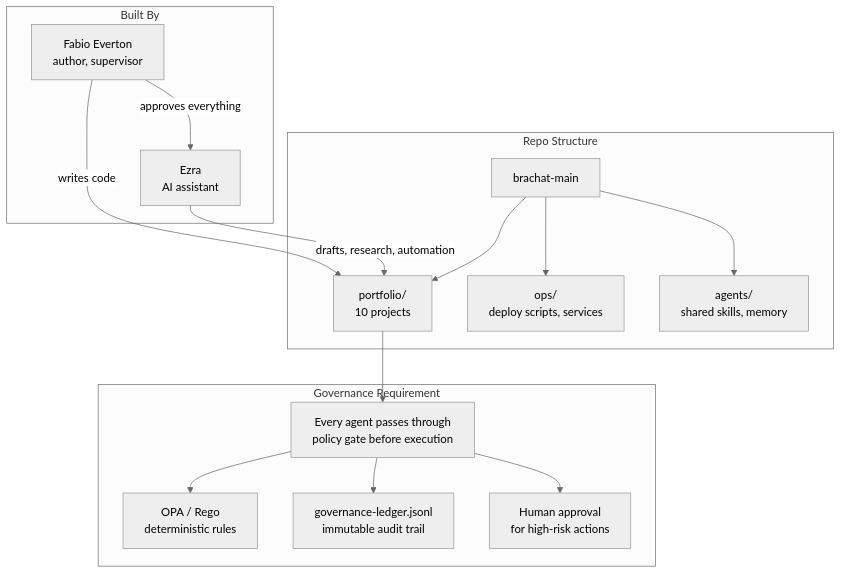
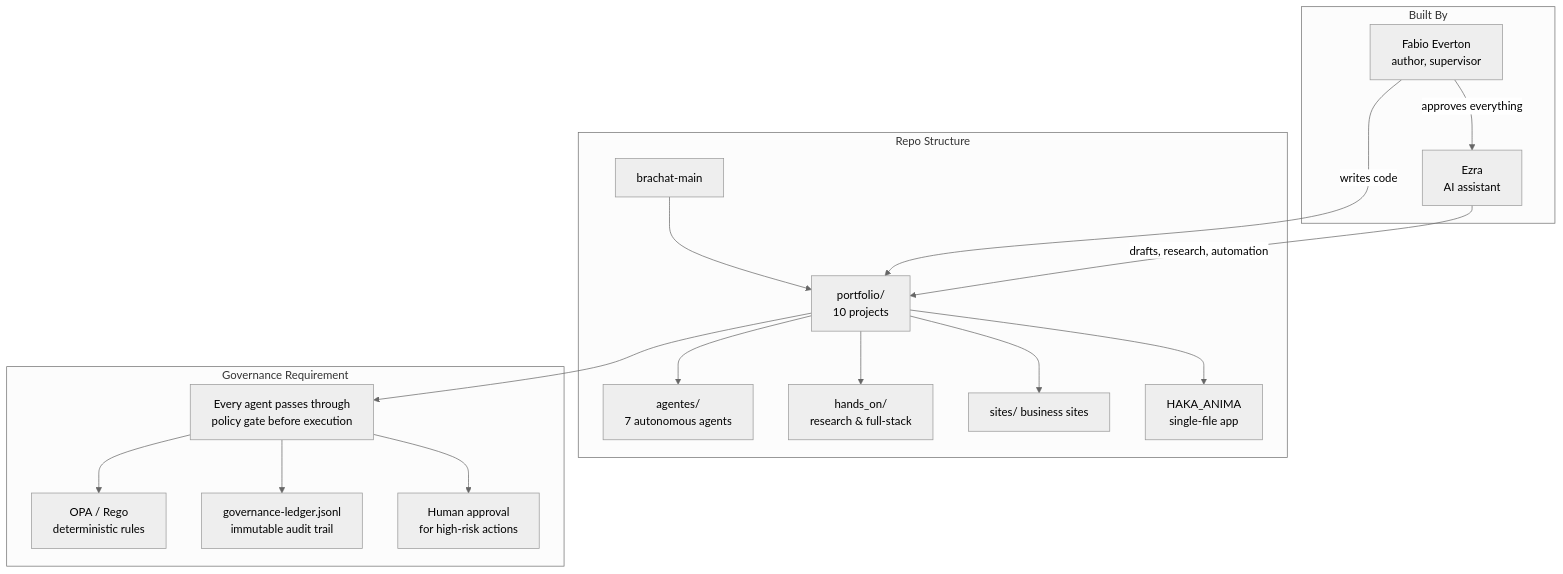
One commit to FABIOEVERTON/BRACHAT-MAIN changed the first of 4 diagrams in README.md. Above: the diagram before and after it, drawn with Mermaid (neutral theme). The commit also changed other lines of this file and 42 other files, not shown here.

````diff
--- a/README.md
+++ b/README.md
@@ -9,21 +9,23 @@
 ```mermaid
 graph TD
     subgraph "Repo Structure"
         ROOT[brachat-main] --> PORT[portfolio/<br/>10 projects]
-        ROOT --> OPS[ops/<br/>deploy scripts, services]
-        ROOT --> AGENTS[agents/<br/>shared skills, memory]
-    end
+        PORT --> A[agentes/<br/>7 autonomous agents]
+        PORT --> H[hands_on/<br/>research & full-stack]
+        PORT --> S[sites/ business sites]
+        PORT --> K[HAKA_ANIMA<br/>single-file app]
+end
 
     subgraph "Governance Requirement"
         PORT --> GW[Every agent passes through<br/>policy gate before execution]
         GW --> POL[OPA / Rego<br/>deterministic rules]
         GW --> AU[governance-ledger.jsonl<br/>immutable audit trail]
         GW --> HITL[Human approval<br/>for high-risk actions]
     end
 
     subgraph "Built By"
         F[Fabio Everton<br/>author, supervisor] -->|writes code| PORT
         EZ[Ezra<br/>AI assistant] -->|drafts, research, automation| PORT
         F -->|approves everything| EZ
     end
 ```
````
